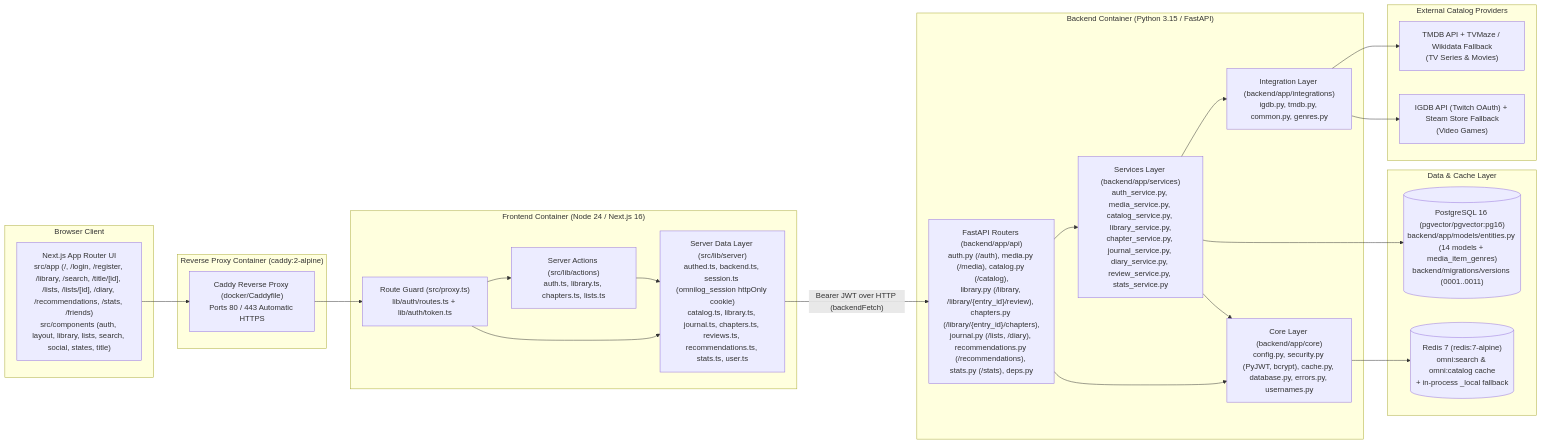
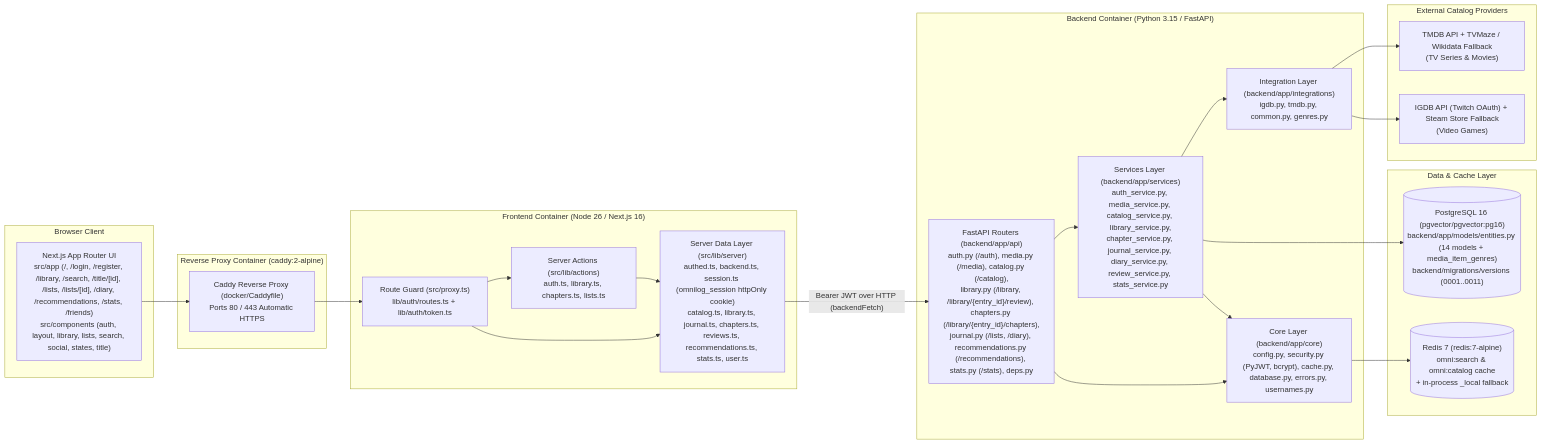
Before and after one commit to metezd/OmniLog: the diagram in docs/design/arch/architecture-diagram.md, drawn with Mermaid. The commit also changed 3 other files, not shown here.

Commit message:
docs: show Node 26 in the diagram and explain where the versions come from

````diff
--- a/docs/design/arch/architecture-diagram.md
+++ b/docs/design/arch/architecture-diagram.md
@@ -10,48 +10,48 @@
 ```mermaid
 flowchart LR
   subgraph Client["Browser Client"]
     UI["Next.js App Router UI\nsrc/app (/, /login, /register, /library, /search, /title/[id], /lists, /lists/[id], /diary, /recommendations, /stats, /friends)\nsrc/components (auth, layout, library, lists, search, social, states, title)"]
   end
 
   subgraph ProxyContainer["Reverse Proxy Container (caddy:2-alpine)"]
     CADDY["Caddy Reverse Proxy (docker/Caddyfile)\nPorts 80 / 443 Automatic HTTPS"]
   end
 
-  subgraph FrontendContainer["Frontend Container (Node 24 / Next.js 16)"]
+  subgraph FrontendContainer["Frontend Container (Node 26 / Next.js 16)"]
     MW["Route Guard (src/proxy.ts)\nlib/auth/routes.ts + lib/auth/token.ts"]
     ACT["Server Actions (src/lib/actions)\nauth.ts, library.ts, chapters.ts, lists.ts"]
     SRV["Server Data Layer (src/lib/server)\nauthed.ts, backend.ts, session.ts (omnilog_session httpOnly cookie)\ncatalog.ts, library.ts, journal.ts, chapters.ts, reviews.ts, recommendations.ts, stats.ts, user.ts"]
   end
 
   subgraph BackendContainer["Backend Container (Python 3.15 / FastAPI)"]
     API["FastAPI Routers (backend/app/api)\nauth.py (/auth), media.py (/media), catalog.py (/catalog),\nlibrary.py (/library, /library/{entry_id}/review), chapters.py (/library/{entry_id}/chapters),\njournal.py (/lists, /diary), recommendations.py (/recommendations), stats.py (/stats), deps.py"]
     SVC["Services Layer (backend/app/services)\nauth_service.py, media_service.py, catalog_service.py, library_service.py,\nchapter_service.py, journal_service.py, diary_service.py, review_service.py, stats_service.py"]
     INT["Integration Layer (backend/app/integrations)\nigdb.py, tmdb.py, common.py, genres.py"]
     CORE["Core Layer (backend/app/core)\nconfig.py, security.py (PyJWT, bcrypt), cache.py, database.py, errors.py, usernames.py"]
   end
 
   subgraph DataLayer["Data & Cache Layer"]
     PG[("PostgreSQL 16 (pgvector/pgvector:pg16)\nbackend/app/models/entities.py (14 models + media_item_genres)\nbackend/migrations/versions (0001..0011)")]
     RD[("Redis 7 (redis:7-alpine)\nomni:search & omni:catalog cache\n+ in-process _local fallback")]
   end
 
   subgraph ExternalAPIs["External Catalog Providers"]
     TMDB["TMDB API + TVMaze / Wikidata Fallback\n(TV Series & Movies)"]
     IGDB["IGDB API (Twitch OAuth) + Steam Store Fallback\n(Video Games)"]
   end
 
   UI --> CADDY
   CADDY --> MW
   MW --> ACT
   MW --> SRV
   ACT --> SRV
   SRV -->|"Bearer JWT over HTTP (backendFetch)"| API
   API --> SVC
   API --> CORE
   SVC --> INT
   SVC --> CORE
   SVC --> PG
   CORE --> RD
   INT --> TMDB
   INT --> IGDB
 ```
````
